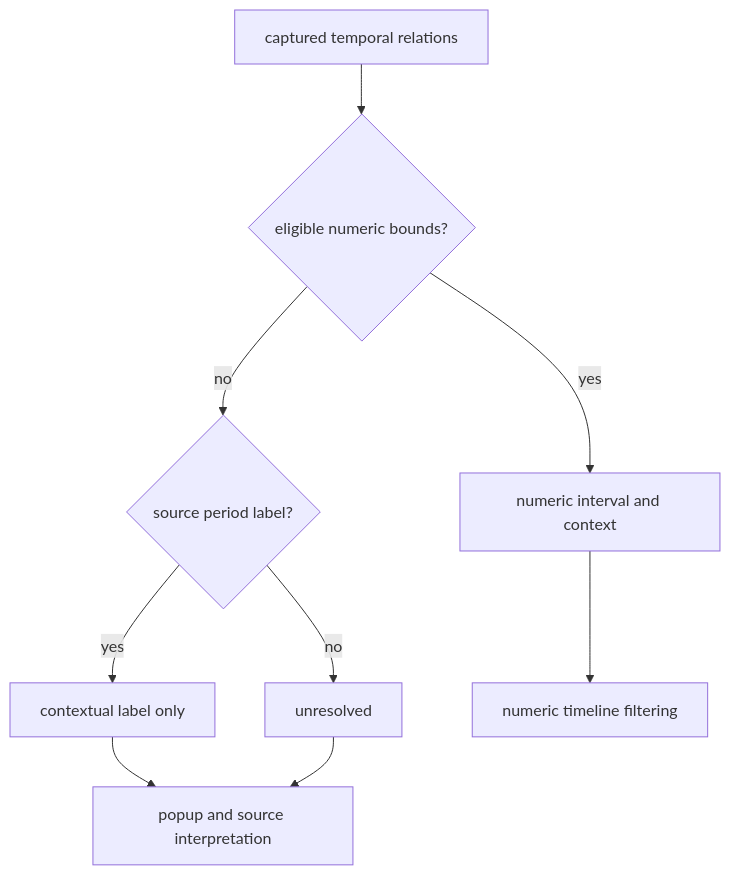
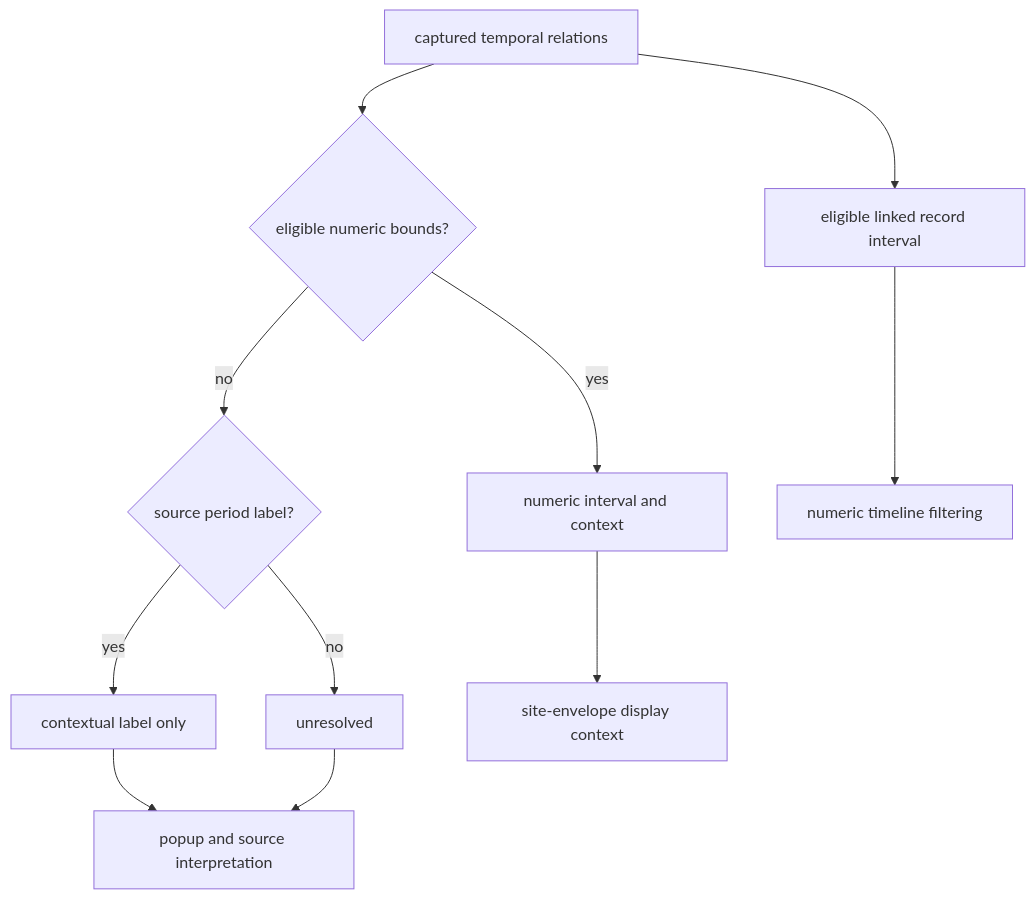
Before and after one commit to bijux/bijux-pollenomics: the second of 3 diagrams in docs/public/pollenomics-data/sources/sead.md, drawn with Mermaid. The commit also changed other lines of this file and 9 other files, not shown here.

Commit message:
fix(sead): keep site envelopes as display context

````diff
--- a/docs/public/pollenomics-data/sources/sead.md
+++ b/docs/public/pollenomics-data/sources/sead.md
@@ -126,11 +127,13 @@
 ```mermaid
 flowchart TD
     Relations["captured temporal relations"] --> Numeric{"eligible numeric bounds?"}
     Numeric -->|yes| Timed["numeric interval and context"]
     Numeric -->|no| Label{"source period label?"}
     Label -->|yes| Context["contextual label only"]
     Label -->|no| Unresolved["unresolved"]
-    Timed --> Slider["numeric timeline filtering"]
+    Timed --> Display["site-envelope display context"]
+    Relations --> Record["eligible linked record interval"]
+    Record --> Slider["numeric timeline filtering"]
     Context --> Reading["popup and source interpretation"]
     Unresolved --> Reading
 ```
````
